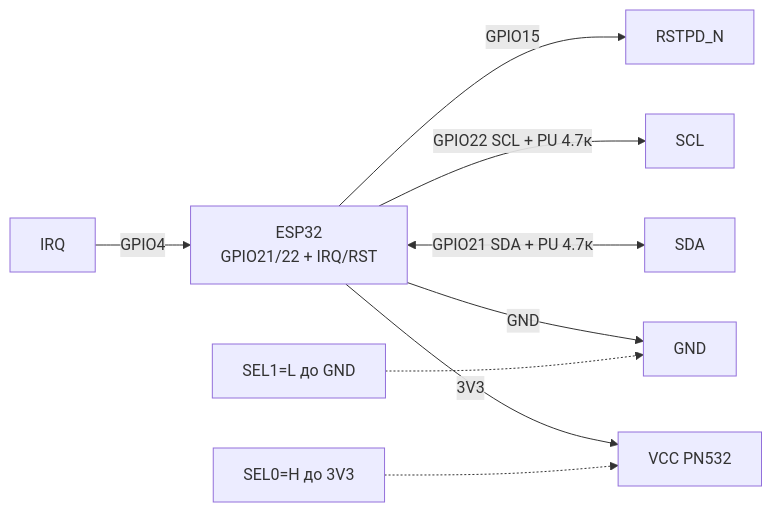
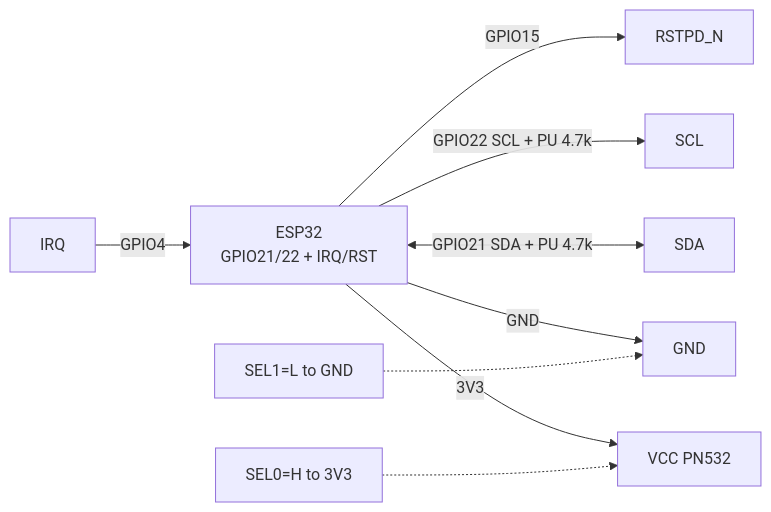
Before and after one commit to ksalab/embedded-reference: the first of 4 diagrams in obsidian_vault/ESP32-Reference/EN/12-Comm-Modules/05-PN532-RDM6300-Fingerprint-GM65.en.md, drawn with Mermaid. The commit also changed other lines of this file and 76 other files, not shown here.

````diff
--- a/obsidian_vault/ESP32-Reference/EN/12-Comm-Modules/05-PN532-RDM6300-Fingerprint-GM65.en.md
+++ b/obsidian_vault/ESP32-Reference/EN/12-Comm-Modules/05-PN532-RDM6300-Fingerprint-GM65.en.md
@@ -93,11 +93,11 @@
 ```mermaid
 graph LR
     ESP32[ESP32<br/>GPIO21/22 + IRQ/RST] -->|3V3| VCC[VCC PN532]
     ESP32 -->|GND| GNDM[GND]
-    ESP32 <-->|GPIO21 SDA + PU 4.7к| SDA[SDA]
-    ESP32 -->|GPIO22 SCL + PU 4.7к| SCL[SCL]
+    ESP32 <-->|GPIO21 SDA + PU 4.7k| SDA[SDA]
+    ESP32 -->|GPIO22 SCL + PU 4.7k| SCL[SCL]
     IRQ[IRQ] -->|GPIO4| ESP32
     ESP32 -->|GPIO15| RST[RSTPD_N]
-    SEL0[SEL0=H до 3V3] -.-> VCC
-    SEL1[SEL1=L до GND] -.-> GNDM
+    SEL0[SEL0=H to 3V3] -.-> VCC
+    SEL1[SEL1=L to GND] -.-> GNDM
 ```
````
